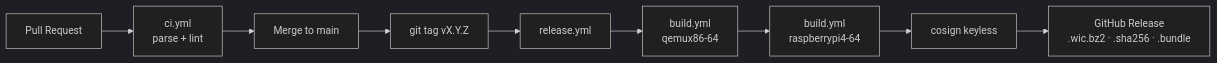
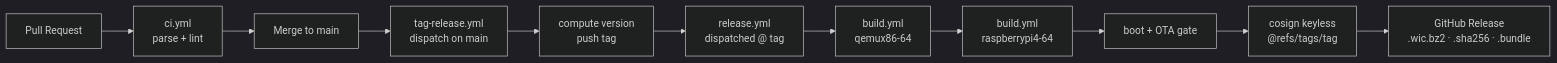
The third of 3 diagrams in README.md (OE5XRX/linux-image), drawn with Mermaid (dark theme) before and after one commit. The commit also changed other lines of this file, not shown here.

Commit message:
docs(release): document the two-step tag-based release flow

````diff
--- a/README.md
+++ b/README.md
@@ -95,11 +95,13 @@
 ```mermaid
 flowchart LR
     PR[Pull Request] --> CI[ci.yml<br/>parse + lint]
     CI --> Merge[Merge to main]
-    Merge --> Tag[git tag vX.Y.Z]
-    Tag --> Rel[release.yml]
+    Merge --> TR[tag-release.yml<br/>dispatch on main]
+    TR --> Tag[compute version<br/>push tag]
+    Tag --> Rel[release.yml<br/>dispatched @ tag]
     Rel --> B1[build.yml<br/>qemux86-64]
     B1 --> B2[build.yml<br/>raspberrypi4-64]
-    B2 --> Sign[cosign keyless]
+    B2 --> Gate[boot + OTA gate]
+    Gate --> Sign[cosign keyless<br/>@refs/tags/tag]
     Sign --> GH[GitHub Release<br/>.wic.bz2 · .sha256 · .bundle]
 ```
````
